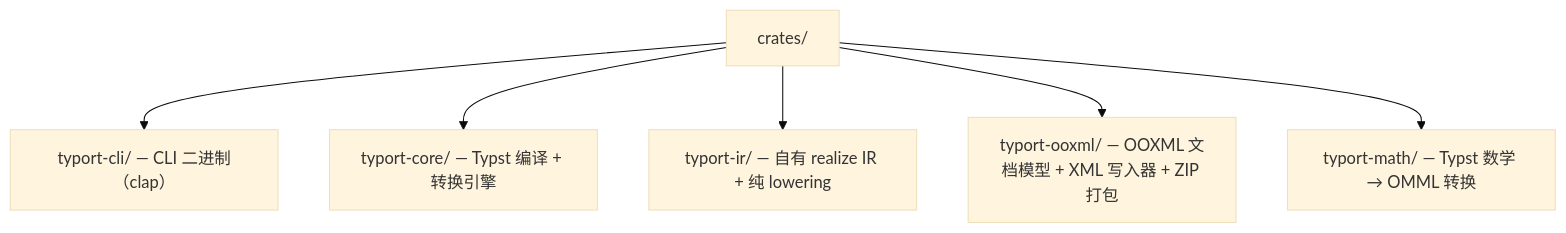
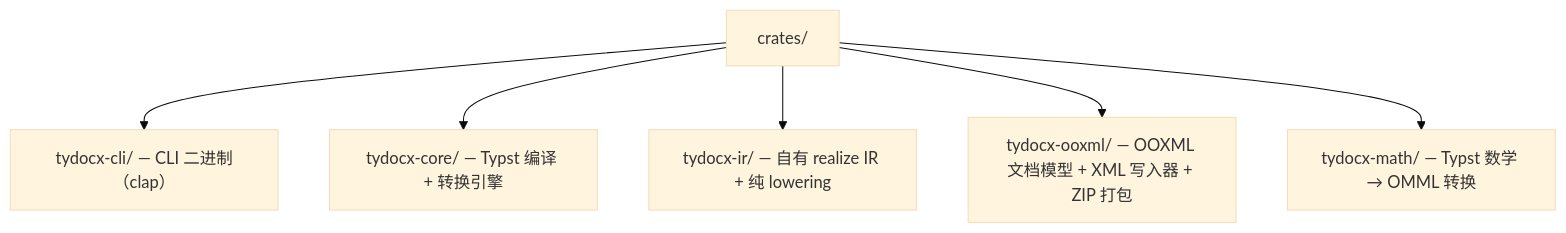
Before and after one commit to kwadraten/tydocx: the second of 2 diagrams in README.zh-CN.md, drawn with Mermaid (base theme). The commit also changed other lines of this file and 214 other files, not shown here.

First line of the commit message:
chore: rename crates, binary and references typort -> tydocx

````diff
--- a/README.zh-CN.md
+++ b/README.zh-CN.md
@@ -76,8 +80,8 @@
 ```mermaid
 flowchart TD
-    CRATES["crates/"] --> CLI["typort-cli/ — CLI 二进制（clap）"]
-    CRATES --> CORE["typort-core/ — Typst 编译 + 转换引擎"]
-    CRATES --> IR["typort-ir/ — 自有 realize IR + 纯 lowering"]
-    CRATES --> OOXML["typort-ooxml/ — OOXML 文档模型 + XML 写入器 + ZIP 打包"]
-    CRATES --> MATH["typort-math/ — Typst 数学 → OMML 转换"]
+    CRATES["crates/"] --> CLI["tydocx-cli/ — CLI 二进制（clap）"]
+    CRATES --> CORE["tydocx-core/ — Typst 编译 + 转换引擎"]
+    CRATES --> IR["tydocx-ir/ — 自有 realize IR + 纯 lowering"]
+    CRATES --> OOXML["tydocx-ooxml/ — OOXML 文档模型 + XML 写入器 + ZIP 打包"]
+    CRATES --> MATH["tydocx-math/ — Typst 数学 → OMML 转换"]
 ```
````
